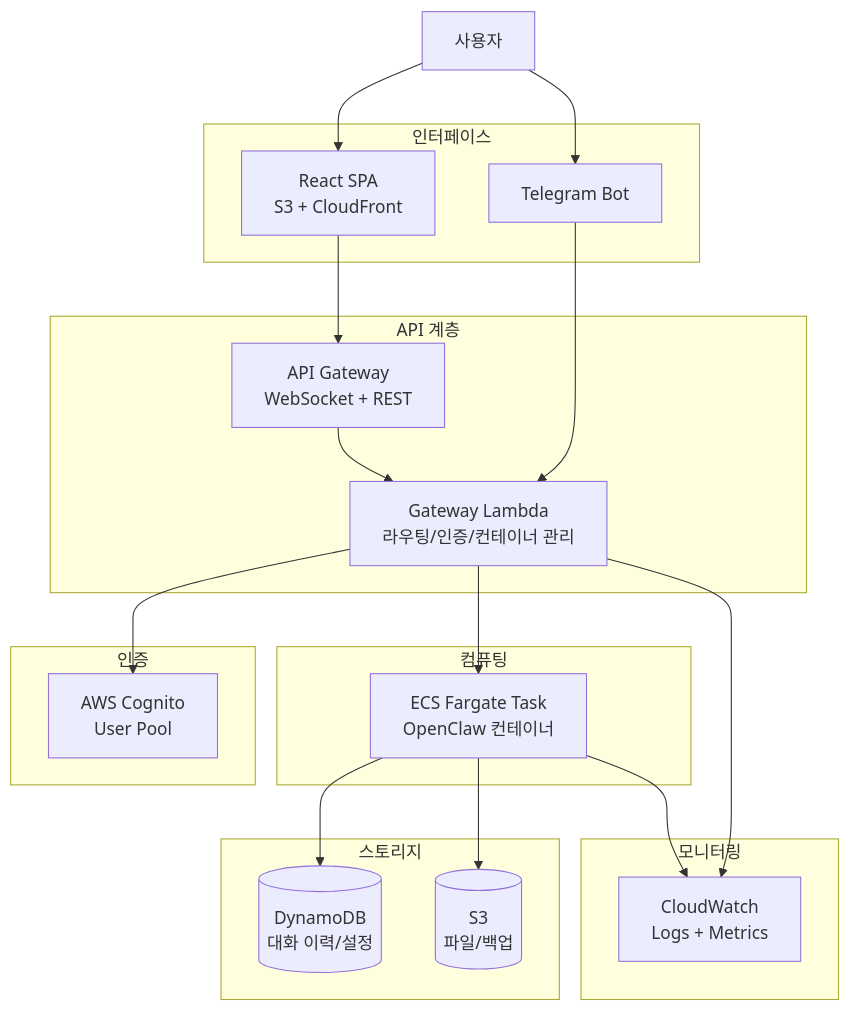
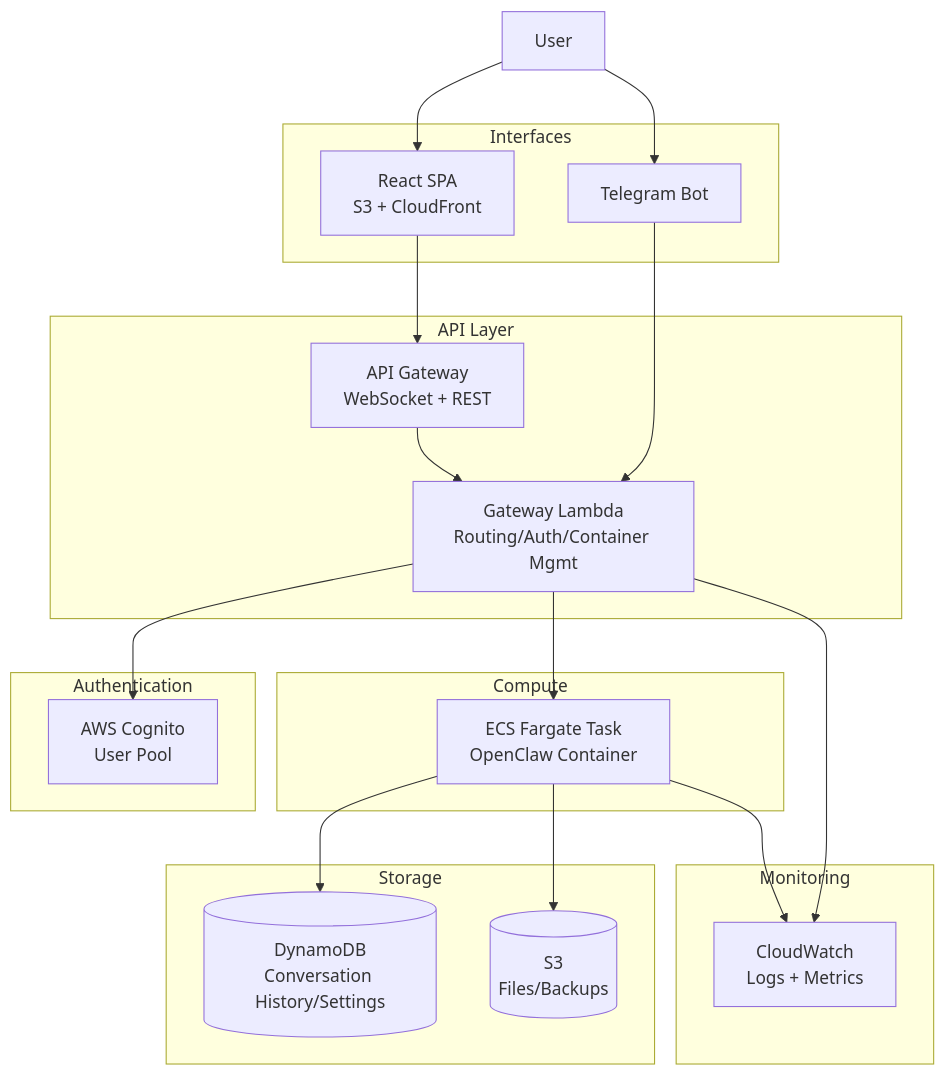
One commit to geoseong/serverless-openclaw changed the first of 3 diagrams in docs/PRD.md. Above: the diagram before and after it, drawn with Mermaid. The commit also changed other lines of this file and 8 other files, not shown here.

````diff
--- a/docs/PRD.md
+++ b/docs/PRD.md
@@ -53,43 +53,43 @@
 ```mermaid
 graph TB
-    User[사용자]
+    User[User]
 
-    subgraph "인터페이스"
+    subgraph "Interfaces"
         WebUI[React SPA\nS3 + CloudFront]
         TGBot[Telegram Bot]
     end
 
-    subgraph "API 계층"
+    subgraph "API Layer"
         APIGW[API Gateway\nWebSocket + REST]
-        Lambda_GW[Gateway Lambda\n라우팅/인증/컨테이너 관리]
+        Lambda_GW[Gateway Lambda\nRouting/Auth/Container Mgmt]
     end
 
-    subgraph "인증"
+    subgraph "Authentication"
         Cognito[AWS Cognito\nUser Pool]
     end
 
-    subgraph "컴퓨팅"
-        Fargate[ECS Fargate Task\nOpenClaw 컨테이너]
+    subgraph "Compute"
+        Fargate[ECS Fargate Task\nOpenClaw Container]
     end
 
-    subgraph "스토리지"
-        DynamoDB[(DynamoDB\n대화 이력/설정)]
-        S3[(S3\n파일/백업)]
+    subgraph "Storage"
+        DynamoDB[(DynamoDB\nConversation History/Settings)]
+        S3[(S3\nFiles/Backups)]
     end
 
-    subgraph "모니터링"
+    subgraph "Monitoring"
         CW[CloudWatch\nLogs + Metrics]
     end
 
     User --> WebUI
     User --> TGBot
     WebUI --> APIGW
     TGBot --> Lambda_GW
     APIGW --> Lambda_GW
     Lambda_GW --> Cognito
     Lambda_GW --> Fargate
     Fargate --> DynamoDB
     Fargate --> S3
     Fargate --> CW
     Lambda_GW --> CW
 ```
````
